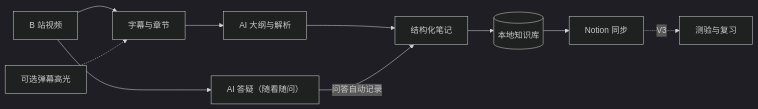
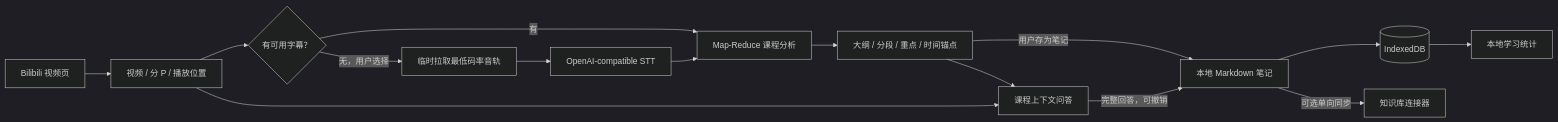
One commit to AliceDel66/BiliNote changed the first of 4 diagrams in README.md. Above: the diagram before and after it, drawn with Mermaid (dark theme). The commit also changed other lines of this file and 3 other files, not shown here.

````diff
--- a/README.md
+++ b/README.md
@@ -41,12 +54,17 @@
 ```mermaid
 flowchart LR
-    Video["B 站视频"] --> Capture["字幕与章节"]
-    Danmaku["可选弹幕高光"] -.-> Capture
-    Capture --> Analyze["AI 大纲与解析"]
-    Analyze --> Note["结构化笔记"]
-    Note --> Local[("本地知识库")]
-    Local --> Sync["Notion 同步"]
-    Video --> Chat["AI 答疑（随看随问）"]
-    Chat -->|"问答自动记录"| Note
-    Sync -.->|"V3"| Review["测验与复习"]
+    Video["Bilibili 视频页"] --> Context["视频 / 分 P / 播放位置"]
+    Context --> Subtitle{"有可用字幕？"}
+    Subtitle -->|"有"| Analyze["Map-Reduce 课程分析"]
+    Subtitle -->|"无，用户选择"| Audio["临时拉取最低码率音轨"]
+    Audio --> STT["OpenAI-compatible STT"]
+    STT --> Analyze
+    Analyze --> Course["大纲 / 分段 / 重点 / 时间锚点"]
+    Course -->|"用户存为笔记"| Note["本地 Markdown 笔记"]
+    Context --> Chat["课程上下文问答"]
+    Course --> Chat
+    Chat -->|"完整回答，可撤销"| Note
+    Note --> Local[("IndexedDB")]
+    Note -->|"可选单向同步"| Connector["知识库连接器"]
+    Local --> Profile["本地学习统计"]
 ```
````
